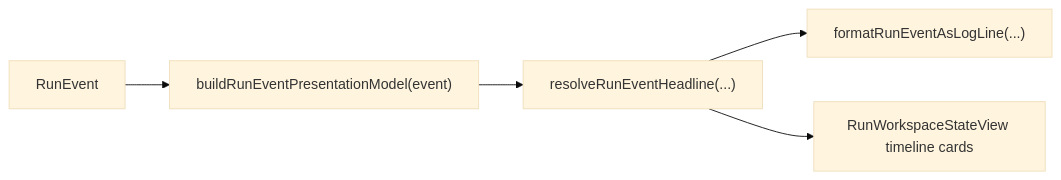
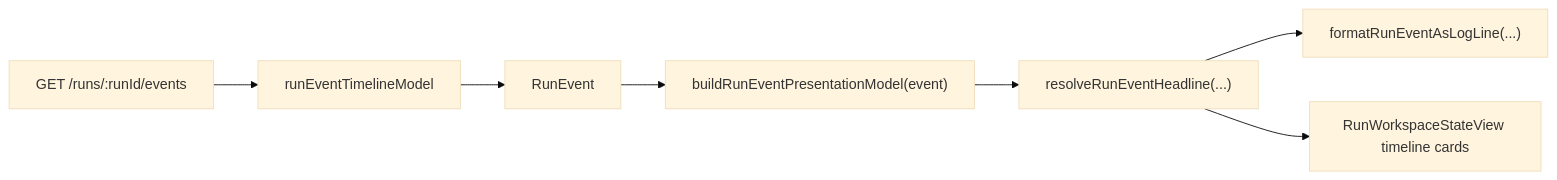
The sixth of 8 diagrams in docs/architecture/components/web/appshell/app-shell.md (dunay2/dvt), drawn with Mermaid (base theme) before and after one commit. The commit also changed other lines of this file and 17 other files, not shown here.

Commit message:
feat(web): Converge Runs event timeline semantics

````diff
--- a/docs/architecture/components/web/appshell/app-shell.md
+++ b/docs/architecture/components/web/appshell/app-shell.md
@@ -159,7 +159,9 @@
 ```mermaid
 flowchart LR
-  Events["RunEvent"] --> SharedModel["buildRunEventPresentationModel(event)"]
+  Query["GET /runs/:runId/events"] --> TimelineModel["runEventTimelineModel"]
+  TimelineModel --> Events["RunEvent"]
+  Events --> SharedModel["buildRunEventPresentationModel(event)"]
   SharedModel --> SharedCopy["resolveRunEventHeadline(...)"]
   SharedCopy --> DrawerRender["formatRunEventAsLogLine(...)"]
   SharedCopy --> RunsRender["RunWorkspaceStateView timeline cards"]
 ```
````
